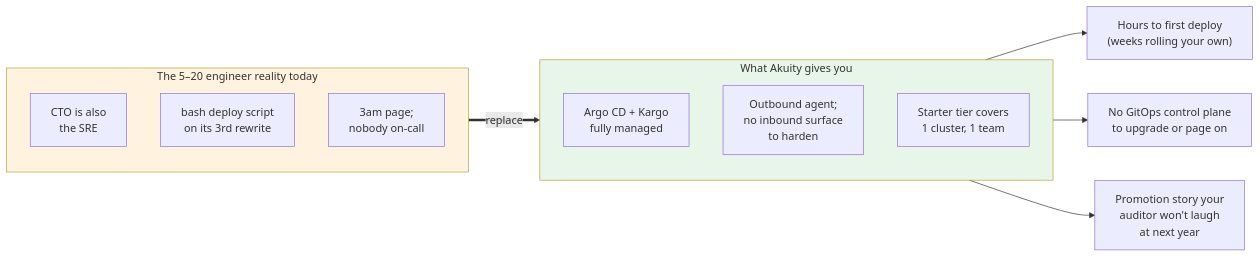
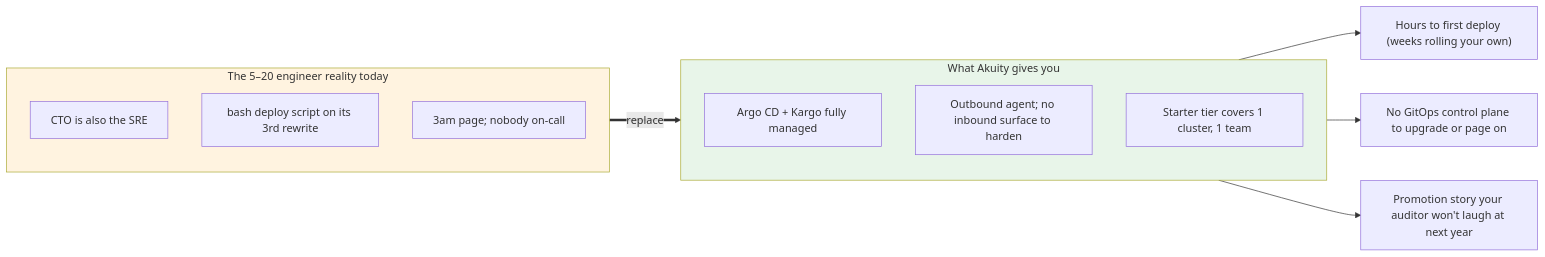
One commit to Cliftonz/akuity-deployment-examples changed the second of 10 diagrams in docs/diagrams.md. Above: the diagram before and after it, drawn with Mermaid. The commit also changed other lines of this file, not shown here.

Commit message:
docs/diagrams: drop <br/> tags from mermaid node labels

````diff
--- a/docs/diagrams.md
+++ b/docs/diagrams.md
@@ -39,23 +39,23 @@
 ```mermaid
 flowchart LR
     subgraph Today["The 5–20 engineer reality today"]
-        CTO["CTO is also<br/>the SRE"]
-        Script["bash deploy script<br/>on its 3rd rewrite"]
-        Page["3am page;<br/>nobody on-call"]
+        CTO["CTO is also the SRE"]
+        Script["bash deploy script on its 3rd rewrite"]
+        Page["3am page; nobody on-call"]
     end
 
     subgraph Akuity["What Akuity gives you"]
-        SaaS["Argo CD + Kargo<br/>fully managed"]
-        Tunnel["Outbound agent;<br/>no inbound surface<br/>to harden"]
-        Cheap["Starter tier covers<br/>1 cluster, 1 team"]
+        SaaS["Argo CD + Kargo fully managed"]
+        Tunnel["Outbound agent; no inbound surface to harden"]
+        Cheap["Starter tier covers 1 cluster, 1 team"]
     end
 
     Today ==>|"replace"| Akuity
 
-    Akuity --> W1["Hours to first deploy<br/>(weeks rolling your own)"]
-    Akuity --> W2["No GitOps control plane<br/>to upgrade or page on"]
-    Akuity --> W3["Promotion story your<br/>auditor won't laugh<br/>at next year"]
+    Akuity --> W1["Hours to first deploy (weeks rolling your own)"]
+    Akuity --> W2["No GitOps control plane to upgrade or page on"]
+    Akuity --> W3["Promotion story your auditor won't laugh at next year"]
 
     style Today fill:#fff3e0
     style Akuity fill:#e8f5e9
 ```
````
